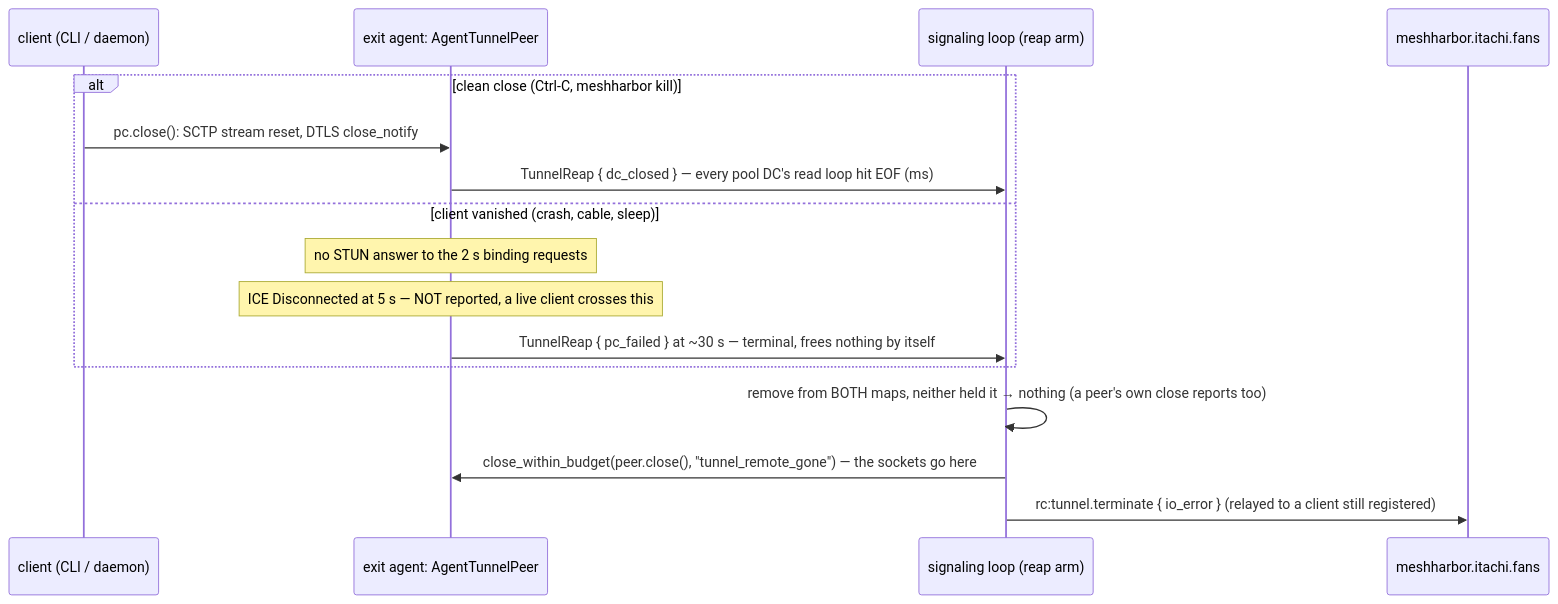
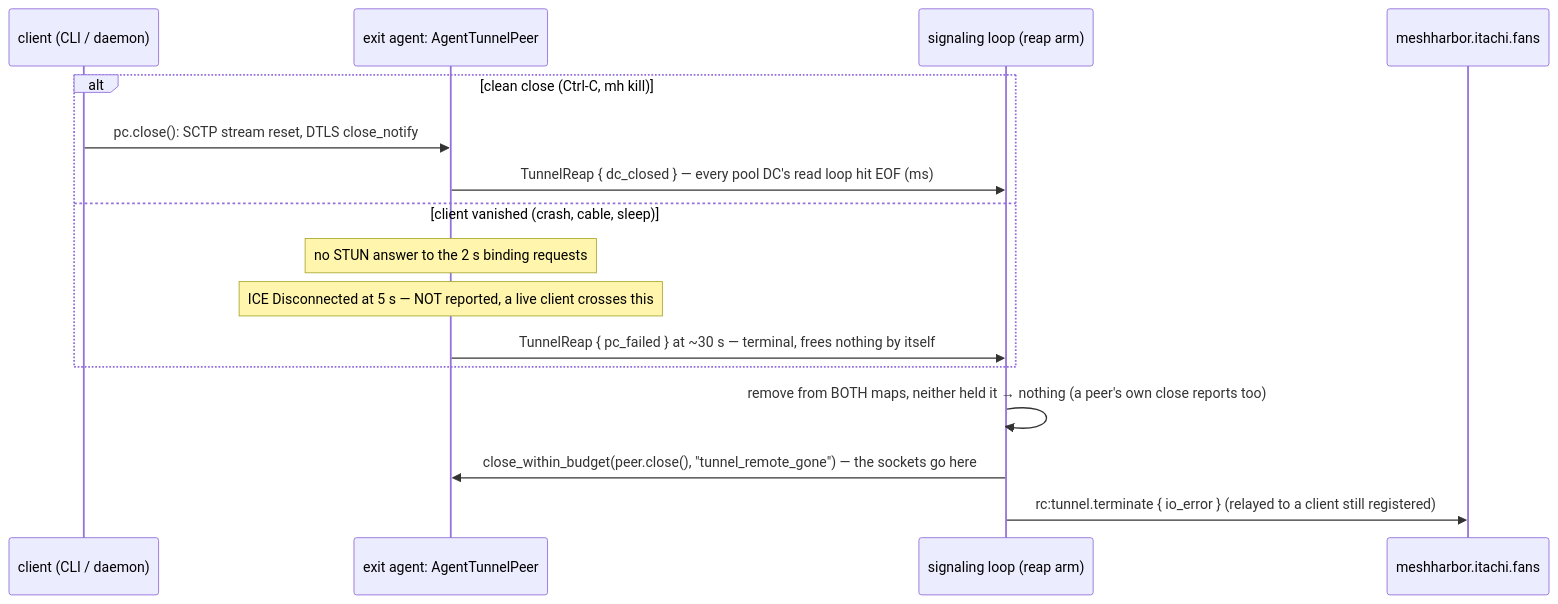
The seventh of 14 diagrams in docs/tunnels.md (jk-zhang-meta/MeshHarbor), drawn with Mermaid before and after one commit. The commit also changed other lines of this file and 323 other files, not shown here.

````diff
--- a/docs/tunnels.md
+++ b/docs/tunnels.md
@@ -399,19 +399,19 @@
 ```mermaid
 sequenceDiagram
     participant C as client (CLI / daemon)
     participant A as exit agent: AgentTunnelPeer
     participant L as signaling loop (reap arm)
     participant S as meshharbor.itachi.fans
 
-    alt clean close (Ctrl-C, meshharbor kill)
+    alt clean close (Ctrl-C, mh kill)
         C->>A: pc.close(): SCTP stream reset, DTLS close_notify
         A->>L: TunnelReap { dc_closed } — every pool DC's read loop hit EOF (ms)
     else client vanished (crash, cable, sleep)
         Note over A: no STUN answer to the 2 s binding requests
         Note over A: ICE Disconnected at 5 s — NOT reported, a live client crosses this
         A->>L: TunnelReap { pc_failed } at ~30 s — terminal, frees nothing by itself
     end
     L->>L: remove from BOTH maps, neither held it → nothing (a peer's own close reports too)
     L->>A: close_within_budget(peer.close(), "tunnel_remote_gone") — the sockets go here
     L->>S: rc:tunnel.terminate { io_error } (relayed to a client still registered)
 ```
````
